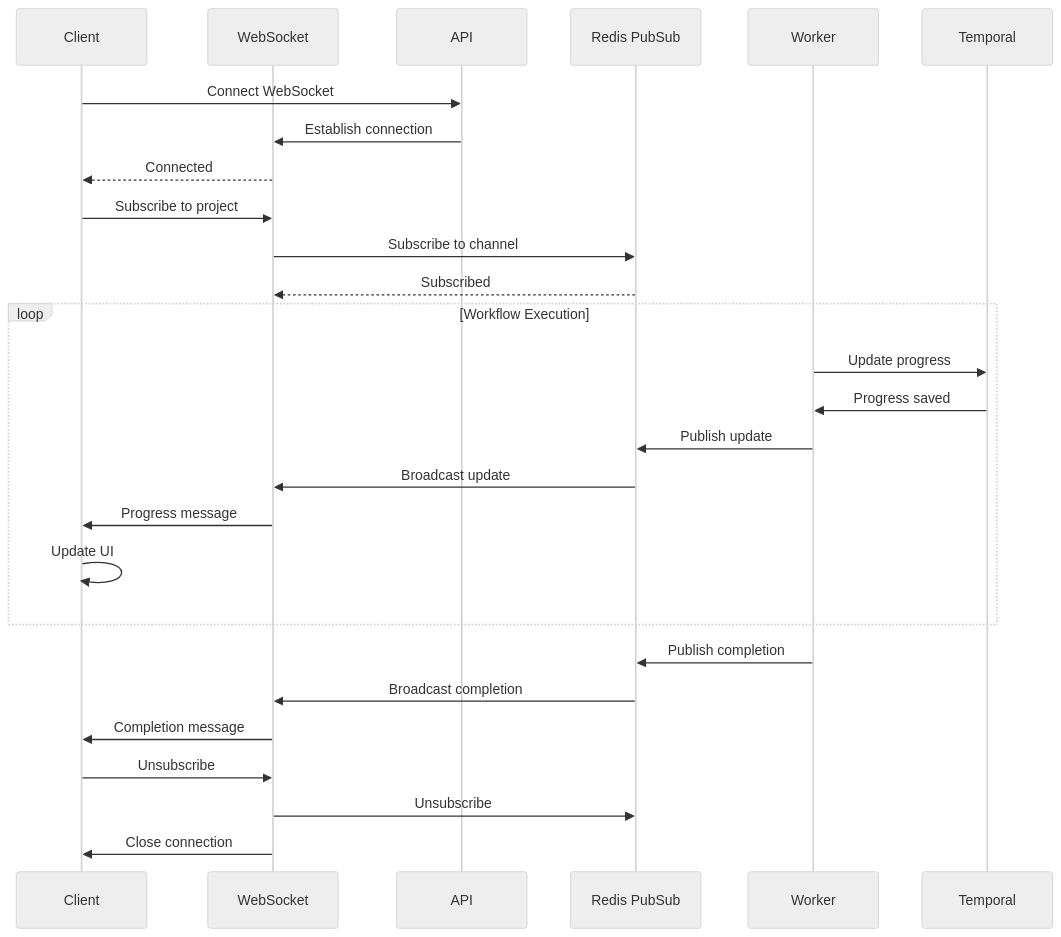
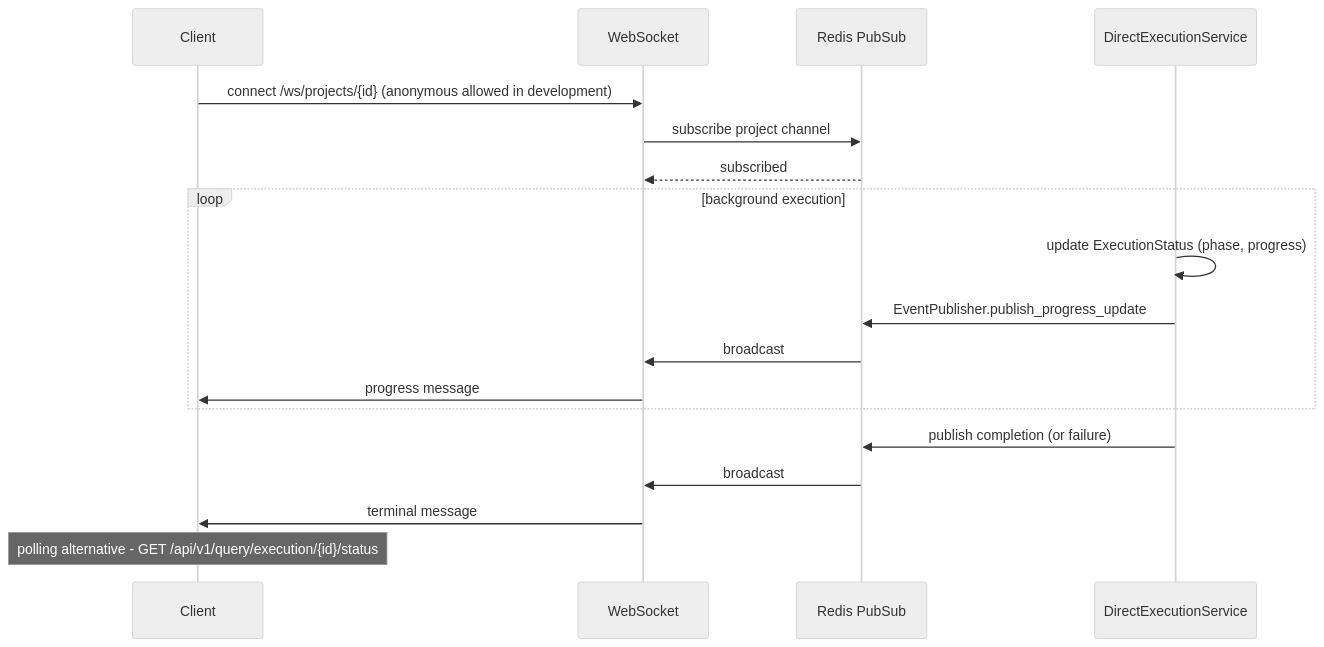
The fifth of 10 diagrams in docs/workflow-sequence-diagrams.md (jsogarro/cerebro), drawn with Mermaid (neutral theme) before and after one commit. The commit also changed other lines of this file and 36 other files, not shown here.

First line of the commit message:
docs: align all documentation with the current architecture

````diff
--- a/docs/workflow-sequence-diagrams.md
+++ b/docs/workflow-sequence-diagrams.md
@@ -214,34 +236,24 @@
 ```mermaid
 sequenceDiagram
     participant Client
-    participant WebSocket
-    participant API
+    participant WS as WebSocket
     participant Redis as Redis PubSub
-    participant Worker
-    participant Temporal
-    
-    Client->>API: Connect WebSocket
-    API->>WebSocket: Establish connection
-    WebSocket-->>Client: Connected
-    
-    Client->>WebSocket: Subscribe to project
-    WebSocket->>Redis: Subscribe to channel
-    Redis-->>WebSocket: Subscribed
-    
-    loop Workflow Execution
-        Worker->>Temporal: Update progress
-        Temporal->>Worker: Progress saved
-        Worker->>Redis: Publish update
-        Redis->>WebSocket: Broadcast update
-        WebSocket->>Client: Progress message
-        Client->>Client: Update UI
+    participant DES as DirectExecutionService
+
+    Client->>WS: connect /ws/projects/{id} (anonymous allowed in development)
+    WS->>Redis: subscribe project channel
+    Redis-->>WS: subscribed
+
+    loop background execution
+        DES->>DES: update ExecutionStatus (phase, progress)
+        DES->>Redis: EventPublisher.publish_progress_update
+        Redis->>WS: broadcast
+        WS->>Client: progress message
     end
-    
-    Worker->>Redis: Publish completion
-    Redis->>WebSocket: Broadcast completion
-    WebSocket->>Client: Completion message
-    
-    Client->>WebSocket: Unsubscribe
-    WebSocket->>Redis: Unsubscribe
-    WebSocket->>Client: Close connection
+
+    DES->>Redis: publish completion (or failure)
+    Redis->>WS: broadcast
+    WS->>Client: terminal message
+
+    Note over Client: polling alternative - GET /api/v1/query/execution/{id}/status
 ```
````
